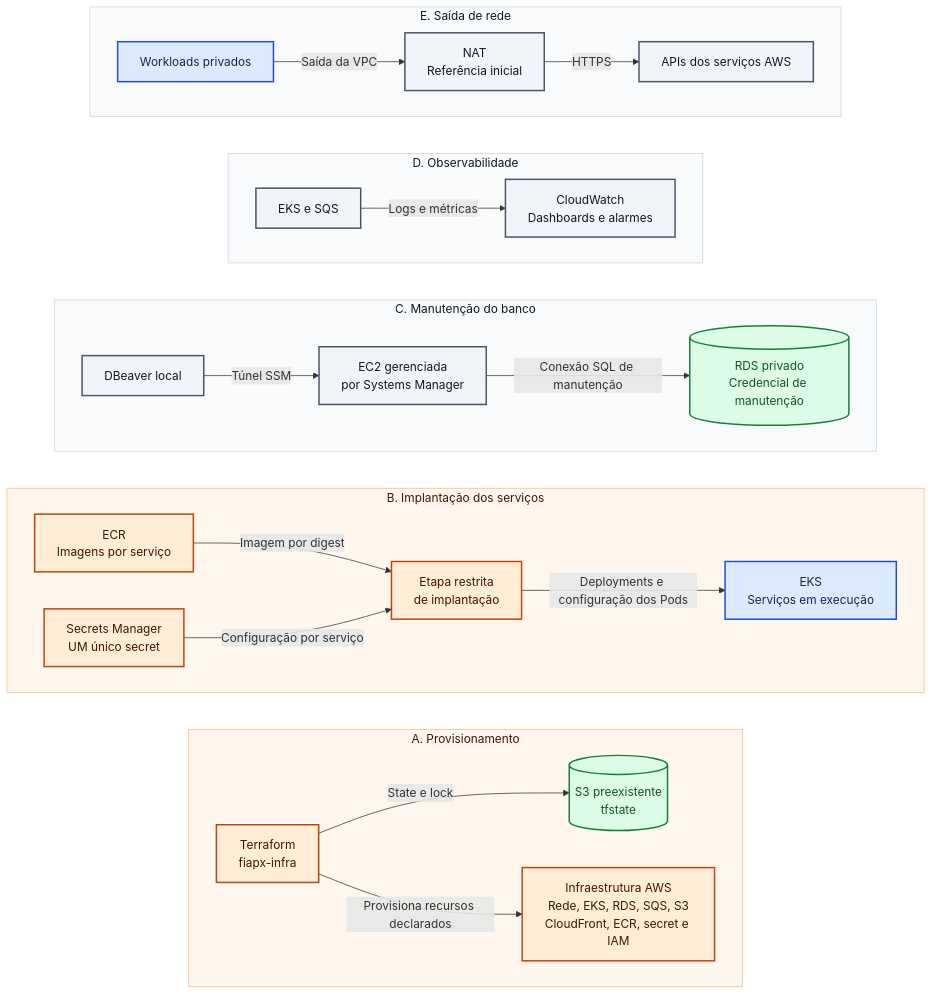
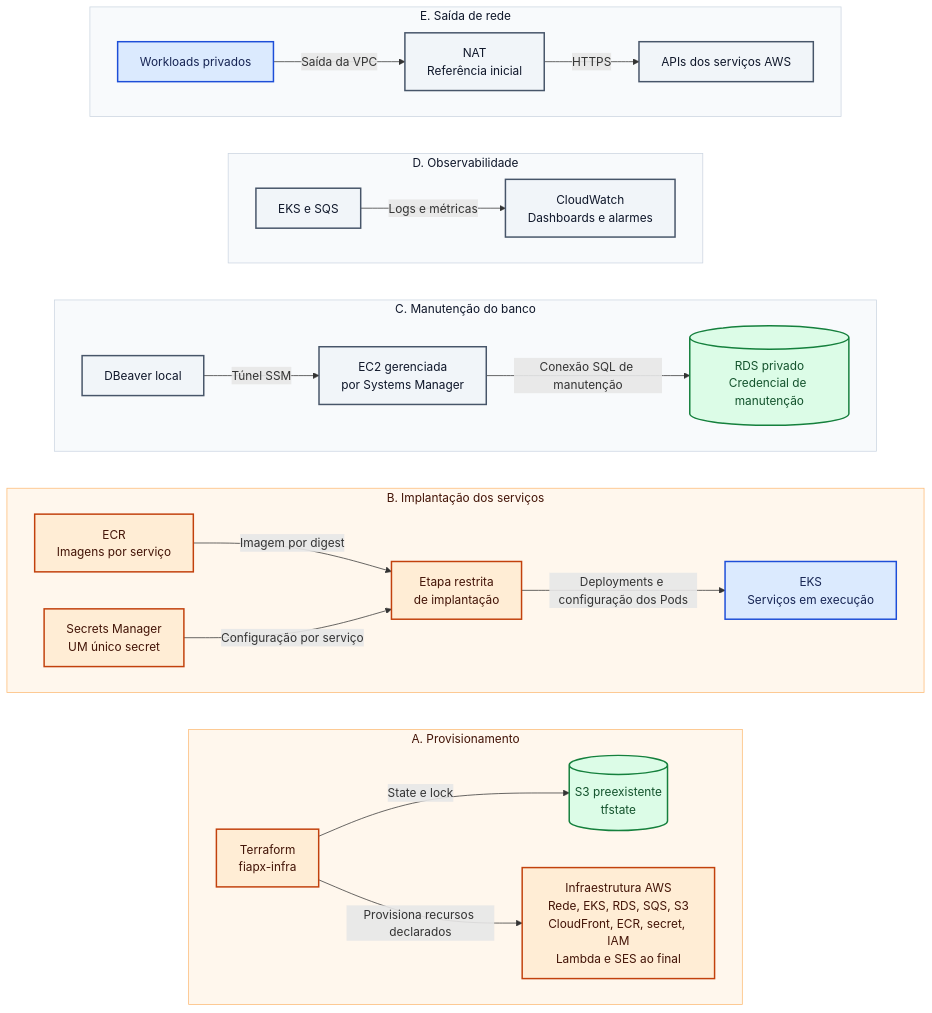
Before and after one commit to afarms/fiapx-infra: the second of 7 diagrams in docs/architecture/diagrams.md, drawn with Mermaid. The commit also changed other lines of this file and 10 other files, not shown here.

````diff
--- a/docs/architecture/diagrams.md
+++ b/docs/architecture/diagrams.md
@@ -62,46 +64,46 @@
 ```mermaid
 flowchart LR
     subgraph PROVISION["A. Provisionamento"]
         direction LR
         TF["Terraform<br/>fiapx-infra"] -->|"State e lock"| STATE[("S3 preexistente<br/>tfstate")]
-        TF -->|"Provisiona recursos declarados"| AWSRES["Infraestrutura AWS<br/>Rede, EKS, RDS, SQS, S3<br/>CloudFront, ECR, secret e IAM"]
+        TF -->|"Provisiona recursos declarados"| AWSRES["Infraestrutura AWS<br/>Rede, EKS, RDS, SQS, S3<br/>CloudFront, ECR, secret, IAM<br/>Lambda e SES ao final"]
     end
 
     subgraph RELEASE["B. Implantação dos serviços"]
         direction LR
         ECR["ECR<br/>Imagens por serviço"] -->|"Imagem por digest"| DEPLOY["Etapa restrita<br/>de implantação"]
         SECRET["Secrets Manager<br/>UM único secret"] -->|"Configuração por serviço"| DEPLOY
         DEPLOY -->|"Deployments e configuração dos Pods"| RUNTIME["EKS<br/>Serviços em execução"]
     end
 
     subgraph MAINTENANCE["C. Manutenção do banco"]
         direction LR
         DBA["DBeaver local"] -->|"Túnel SSM"| JUMP["EC2 gerenciada<br/>por Systems Manager"]
         JUMP -->|"Conexão SQL de manutenção"| DBREF[("RDS privado<br/>Credencial de manutenção")]
     end
 
     subgraph MONITOR["D. Observabilidade"]
         direction LR
         SOURCES["EKS e SQS"] -->|"Logs e métricas"| CW["CloudWatch<br/>Dashboards e alarmes"]
     end
 
     subgraph NETWORK["E. Saída de rede"]
         direction LR
         PRIVATE["Workloads privados"] -->|"Saída da VPC"| NAT["NAT<br/>Referência inicial"]
         NAT -->|"HTTPS"| APIS["APIs dos serviços AWS"]
     end
 
     classDef service fill:#DBEAFE,stroke:#1D4ED8,color:#172554,stroke-width:2px
     classDef storage fill:#DCFCE7,stroke:#15803D,color:#14532D,stroke-width:2px
     classDef deployment fill:#FFEDD5,stroke:#C2410C,color:#431407,stroke-width:2px
     classDef operation fill:#F1F5F9,stroke:#475569,color:#0F172A,stroke-width:2px
     class TF,AWSRES,ECR,SECRET,DEPLOY deployment
     class RUNTIME,PRIVATE service
     class STATE,DBREF storage
     class DBA,JUMP,SOURCES,CW,NAT,APIS operation
     style PROVISION fill:#FFF7ED,stroke:#FDBA74,color:#431407
     style RELEASE fill:#FFF7ED,stroke:#FDBA74,color:#431407
     style MAINTENANCE fill:#F8FAFC,stroke:#CBD5E1,color:#0F172A
     style MONITOR fill:#F8FAFC,stroke:#CBD5E1,color:#0F172A
     style NETWORK fill:#F8FAFC,stroke:#CBD5E1,color:#0F172A
 ```
````
